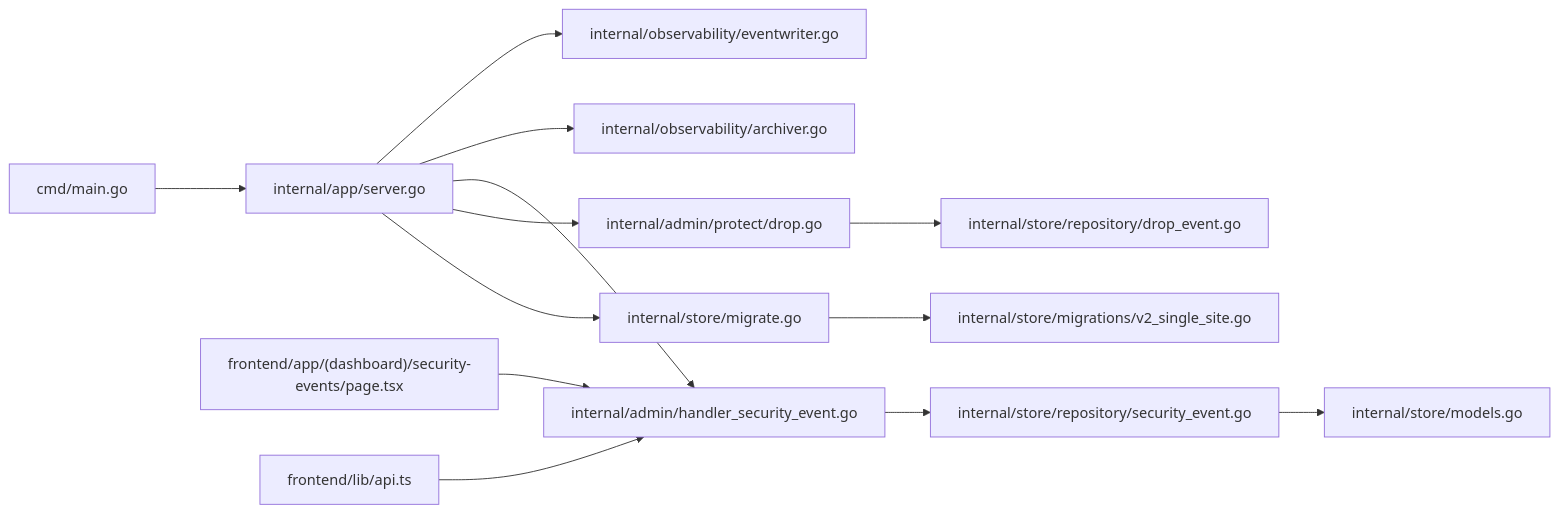
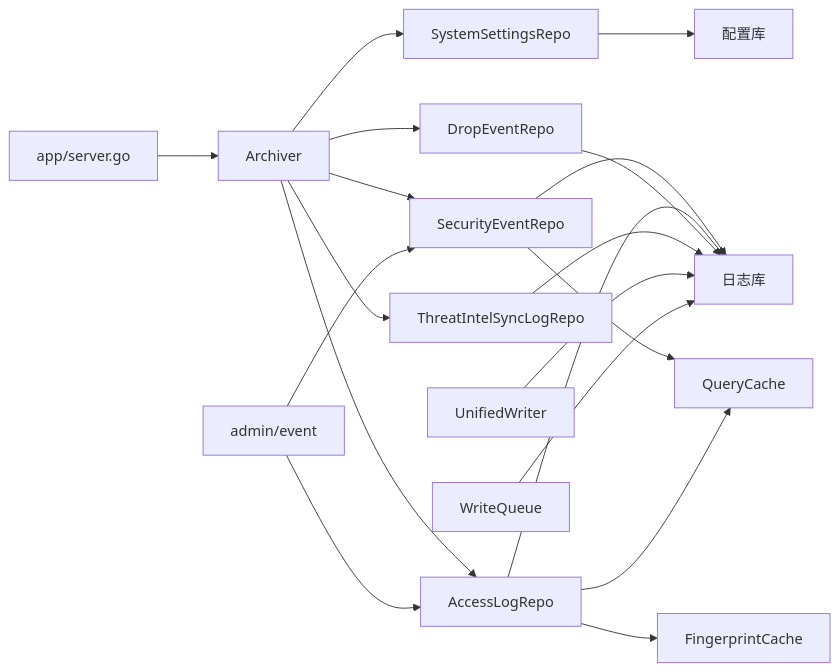
One commit to x01n/My-OpenWaf changed the fifth of 6 diagrams in docs/监控与可观测性/事件归档系统.md. Above: the diagram before and after it, drawn with Mermaid. The commit also changed other lines of this file and 622 other files, not shown here.

````diff
--- a/docs/监控与可观测性/事件归档系统.md
+++ b/docs/监控与可观测性/事件归档系统.md
@@ -300,15 +355,16 @@
 ```mermaid
 graph LR
-MAIN["cmd/main.go"] --> SERVER["internal/app/server.go"]
-SERVER --> EVENTWRITER["internal/observability/eventwriter.go"]
-SERVER --> ARCHIVER["internal/observability/archiver.go"]
-SERVER --> HANDLER["internal/admin/handler_security_event.go"]
-SERVER --> DROP_HANDLER["internal/admin/protect/drop.go"]
-HANDLER --> REPO["internal/store/repository/security_event.go"]
-DROP_HANDLER --> DROP_REPO["internal/store/repository/drop_event.go"]
-REPO --> MODELS["internal/store/models.go"]
-SERVER --> MIGRATE["internal/store/migrate.go"]
-MIGRATE --> MIGRATION["internal/store/migrations/v2_single_site.go"]
-UI["frontend/app/(dashboard)/security-events/page.tsx"] --> HANDLER
-FRONTEND_API["frontend/lib/api.ts"] --> HANDLER
+SRV["app/server.go"] --> AR["Archiver"]
+AR --> SSR["SystemSettingsRepo"] --> CDB["配置库"]
+AR --> SER["SecurityEventRepo"] --> LDB["日志库"]
+AR --> ALR["AccessLogRepo"] --> LDB
+AR --> DER["DropEventRepo"] --> LDB
+AR --> SLR["ThreatIntelSyncLogRepo"] --> LDB
+EW["UnifiedWriter"] --> LDB
+WQ["WriteQueue"] --> LDB
+SER --> QC["QueryCache"]
+ALR --> QC
+ALR --> FPC["FingerprintCache"]
+API["admin/event"] --> SER
+API --> ALR
 ```
````
